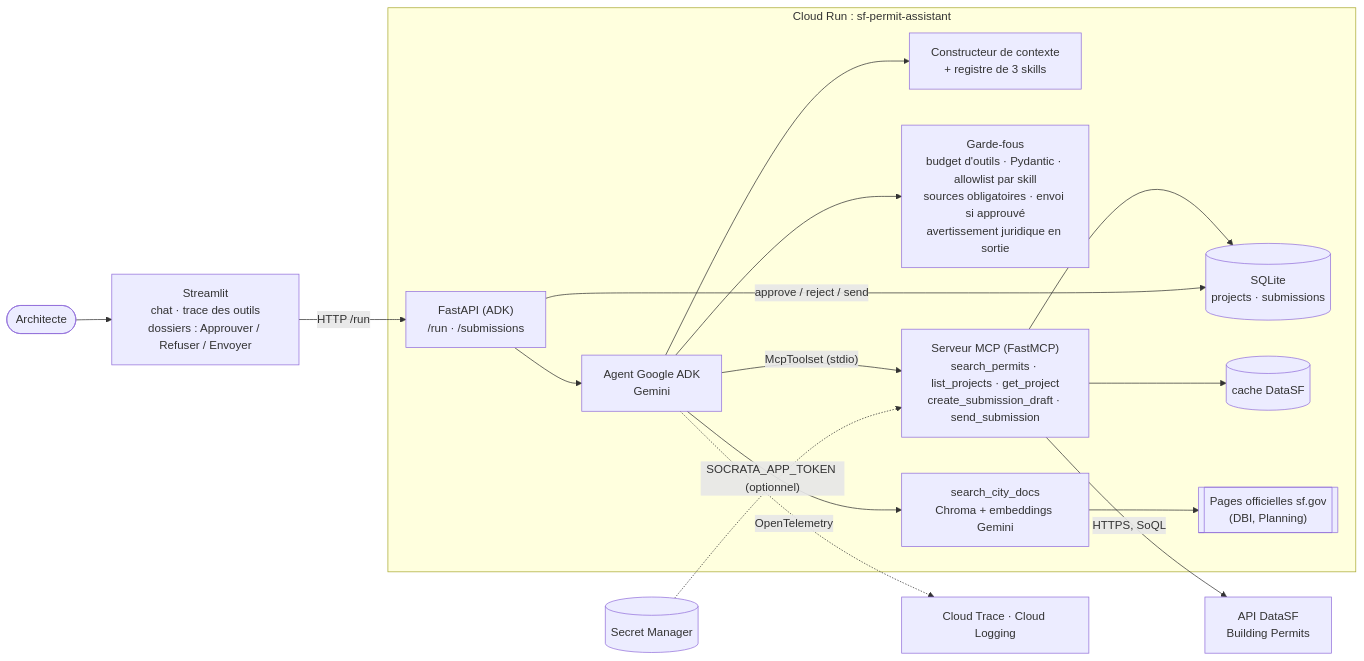
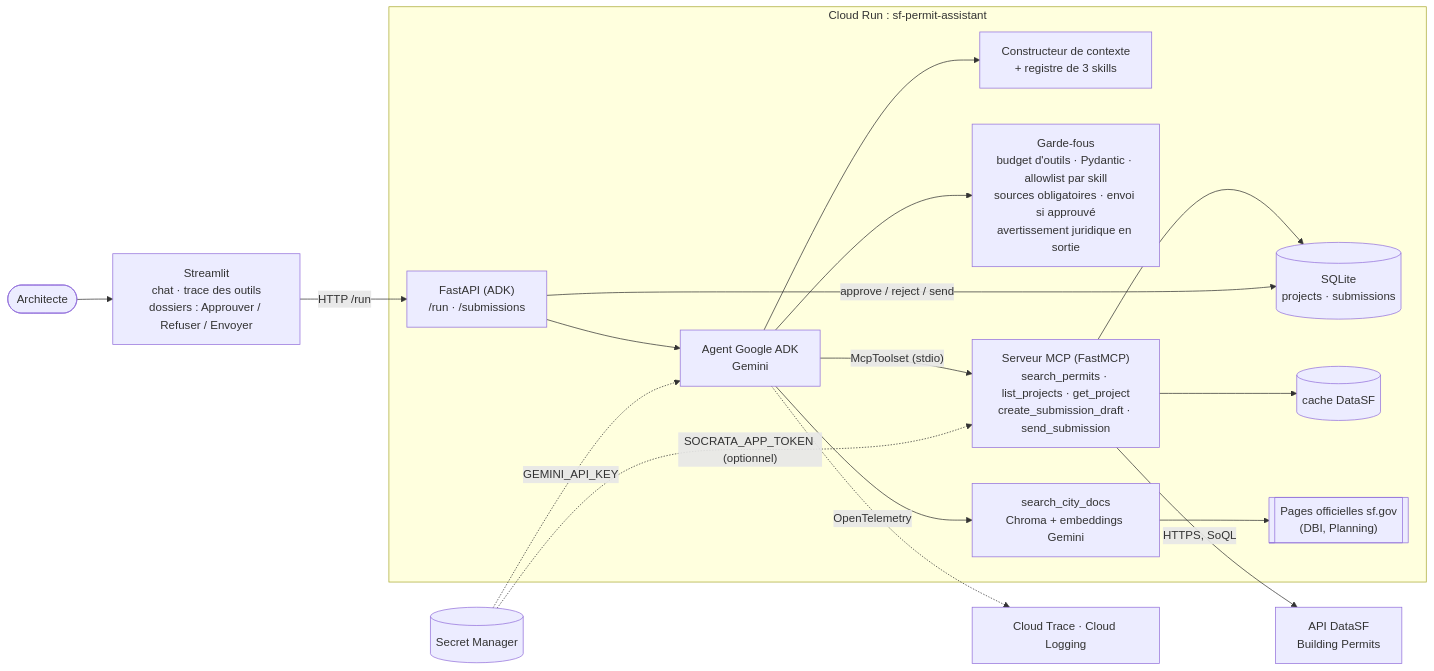
Before and after one commit to lazareaya/sf-permit-assistant: the diagram in README.md, drawn with Mermaid. The commit also changed other lines of this file and 15 other files, not shown here.

First line of the commit message:
Free-tier deployment: Gemini via AI Studio API key (Secret Manager), no Vertex AI

````diff
--- a/README.md
+++ b/README.md
@@ -49,21 +49,22 @@
 ```mermaid
 flowchart LR
     U(["Architecte"]) --> ST["Streamlit<br/>chat · trace des outils<br/>dossiers : Approuver / Refuser / Envoyer"]
     ST -->|"HTTP /run"| API
 
     subgraph CR["Cloud Run : sf-permit-assistant"]
         API["FastAPI (ADK)<br/>/run · /submissions"] --> AG["Agent Google ADK<br/>Gemini"]
         AG --> CB["Constructeur de contexte<br/>+ registre de 3 skills"]
         AG --> GR["Garde-fous<br/>budget d'outils · Pydantic · allowlist par skill<br/>sources obligatoires · envoi si approuvé<br/>avertissement juridique en sortie"]
         AG -->|"McpToolset (stdio)"| MCP["Serveur MCP (FastMCP)<br/>search_permits · list_projects · get_project<br/>create_submission_draft · send_submission"]
         AG --> RAG["search_city_docs<br/>Chroma + embeddings Gemini"]
         MCP --> DB[("SQLite<br/>projects · submissions")]
         MCP --> CACHE[("cache DataSF")]
         API -->|"approve / reject / send"| DB
         RAG --> DOCS[["Pages officielles sf.gov<br/>(DBI, Planning)"]]
     end
 
     MCP -->|"HTTPS, SoQL"| DSF["API DataSF<br/>Building Permits"]
-    SM[("Secret Manager")] -.->|"SOCRATA_APP_TOKEN (optionnel)"| MCP
+    SM[("Secret Manager")] -.->|"GEMINI_API_KEY"| AG
+    SM -.->|"SOCRATA_APP_TOKEN (optionnel)"| MCP
     AG -.->|"OpenTelemetry"| OBS["Cloud Trace · Cloud Logging"]
 ```
````
